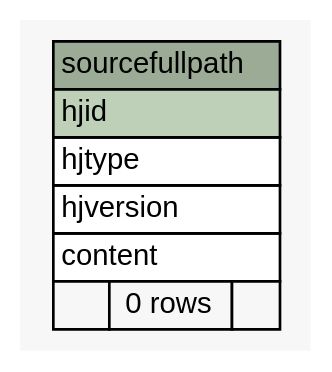
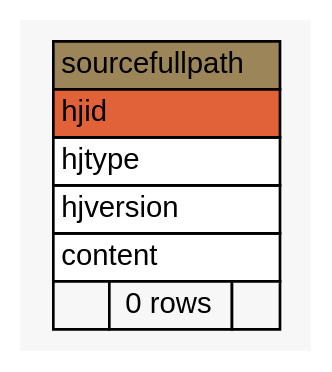
One commit to lmu-bioinformatics/xmlpipedb changed the diagram in site/docs/schemaspy/godb/diagrams/summary/sourcefullpath.1degree.dot. Above: the diagram before and after it, drawn with Graphviz. The commit also changed 1111 other files, not shown here.

```diff
--- a/site/docs/schemaspy/godb/diagrams/summary/sourcefullpath.1degree.dot
+++ b/site/docs/schemaspy/godb/diagrams/summary/sourcefullpath.1degree.dot
@@ -1,33 +1,33 @@
 // dot 2.22.2 on Windows Vista 6.0
 // SchemaSpy rev 536
 digraph "sourcefullpath" {
   graph [
     rankdir="RL"
     bgcolor="#f7f7f7"
     nodesep="0.18"
     ranksep="0.46"
     fontname="Helvetica"
     fontsize="11"
   ];
   node [
     fontname="Helvetica"
     fontsize="11"
     shape="plaintext"
   ];
   edge [
     arrowsize="0.8"
   ];
   "sourcefullpath" [
     label=<
     <TABLE BORDER="0" CELLBORDER="1" CELLSPACING="0" BGCOLOR="#ffffff">
-      <TR><TD COLSPAN="3" BGCOLOR="#9bab96" ALIGN="CENTER">sourcefullpath</TD></TR>
-      <TR><TD PORT="hjid" COLSPAN="3" BGCOLOR="#bed1b8" ALIGN="LEFT">hjid</TD></TR>
+      <TR><TD COLSPAN="3" BGCOLOR="#9b8559" ALIGN="CENTER">sourcefullpath</TD></TR>
+      <TR><TD PORT="hjid" COLSPAN="3" BGCOLOR="#e16239" ALIGN="LEFT">hjid</TD></TR>
       <TR><TD PORT="hjtype" COLSPAN="3" ALIGN="LEFT">hjtype</TD></TR>
       <TR><TD PORT="hjversion" COLSPAN="3" ALIGN="LEFT">hjversion</TD></TR>
       <TR><TD PORT="content" COLSPAN="3" ALIGN="LEFT">content</TD></TR>
       <TR><TD ALIGN="LEFT" BGCOLOR="#f7f7f7">  </TD><TD ALIGN="RIGHT" BGCOLOR="#f7f7f7">0 rows</TD><TD ALIGN="RIGHT" BGCOLOR="#f7f7f7">  </TD></TR>
     </TABLE>>
     URL="tables/sourcefullpath.html"
     tooltip="sourcefullpath"
   ];
 }
```
